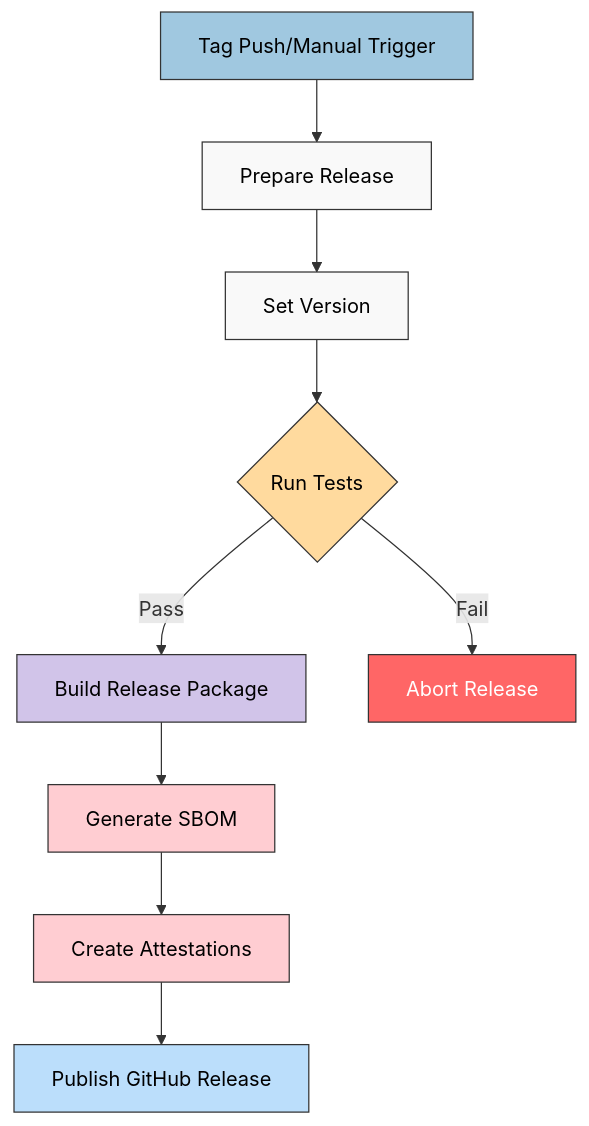
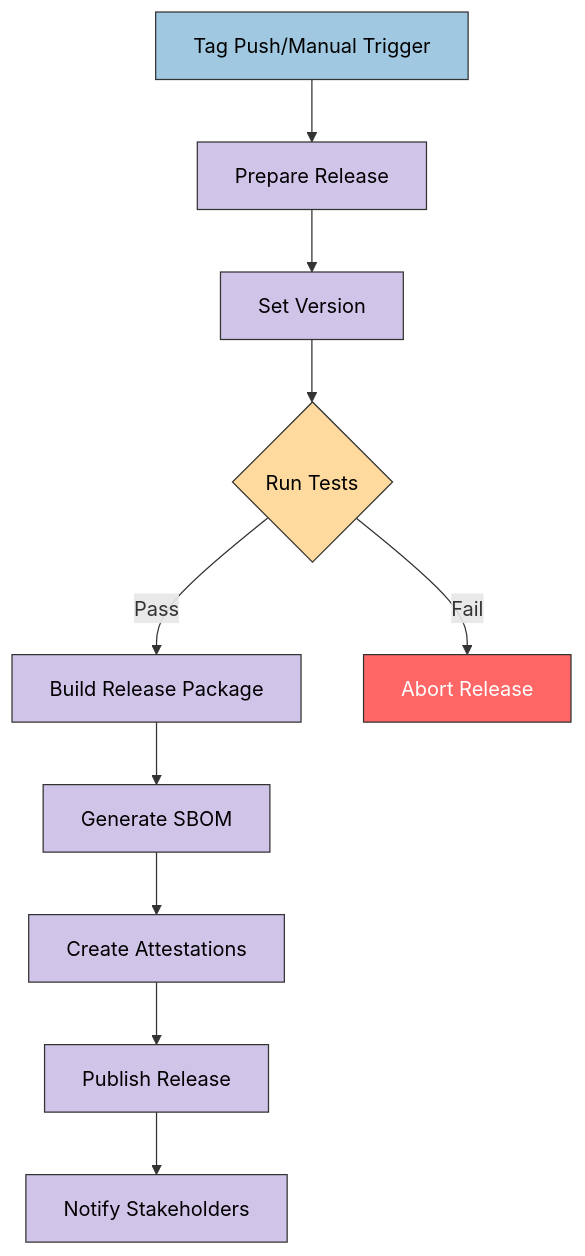
The second of 4 diagrams in docs/architecture/WORKFLOWS.md (step-security-bot/cia-compliance-manager), drawn with Mermaid before and after one commit. The commit also changed other lines of this file and 11 other files, not shown here.

Commit message:
refactor(docs): enhance related documentation links in architecture files for better navigation

````diff
--- a/docs/architecture/WORKFLOWS.md
+++ b/docs/architecture/WORKFLOWS.md
@@ -49,28 +74,26 @@
 ```mermaid
 flowchart TD
     A[Tag Push/Manual Trigger] --> B[Prepare Release]
     B --> C[Set Version]
     C --> D{Run Tests}
     D -->|Pass| E[Build Release Package]
     D -->|Fail| D1[Abort Release]
     E --> F[Generate SBOM]
     F --> G[Create Attestations]
-    G --> H[Publish GitHub Release]
+    G --> H[Publish Release]
+    H --> I[Notify Stakeholders]
 
-    classDef trigger fill:#a0c8e0,stroke:#333,stroke-width:1px,color:black;
-    classDef process fill:#f9f9f9,stroke:#333,stroke-width:1px,color:black;
-    classDef testing fill:#e8f5e9,stroke:#333,stroke-width:1px,color:black;
-    classDef security fill:#ffcdd2,stroke:#333,stroke-width:1px,color:black;
-    classDef build fill:#d1c4e9,stroke:#333,stroke-width:1px,color:black;
-    classDef publish fill:#bbdefb,stroke:#333,stroke-width:1px,color:black;
-    classDef decision fill:#ffda9e,stroke:#333,stroke-width:1px,color:black;
-    classDef failure fill:#ff6666,stroke:#333,stroke-width:1px,color:white;
+    classDef trigger fill:#a0c8e0,stroke:#333,stroke-width:1px,color:black
+    classDef process fill:#f9f9f9,stroke:#333,stroke-width:1px,color:black
+    classDef test fill:#c8e6c9,stroke:#333,stroke-width:1px,color:black
+    classDef security fill:#ffcdd2,stroke:#333,stroke-width:1px,color:black
+    classDef decision fill:#ffda9e,stroke:#333,stroke-width:1px,color:black
+    classDef publish fill:#d1c4e9,stroke:#333,stroke-width:1px,color:black
+    classDef fail fill:#ff6666,stroke:#333,stroke-width:1px,color:white
 
-    class A trigger;
-    class B,C process;
-    class D decision;
-    class D1 failure;
-    class E build;
-    class F,G security;
-    class H publish;
+    class A trigger
+    class B,C,E,F,G publish
+    class D decision
+    class D1 fail
+    class H,I publish
 ```
````
